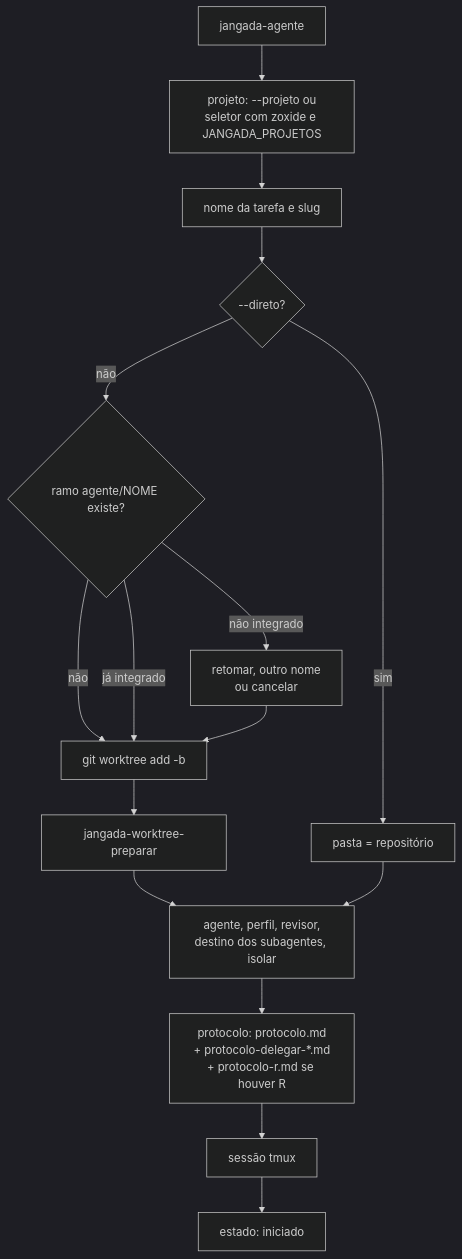
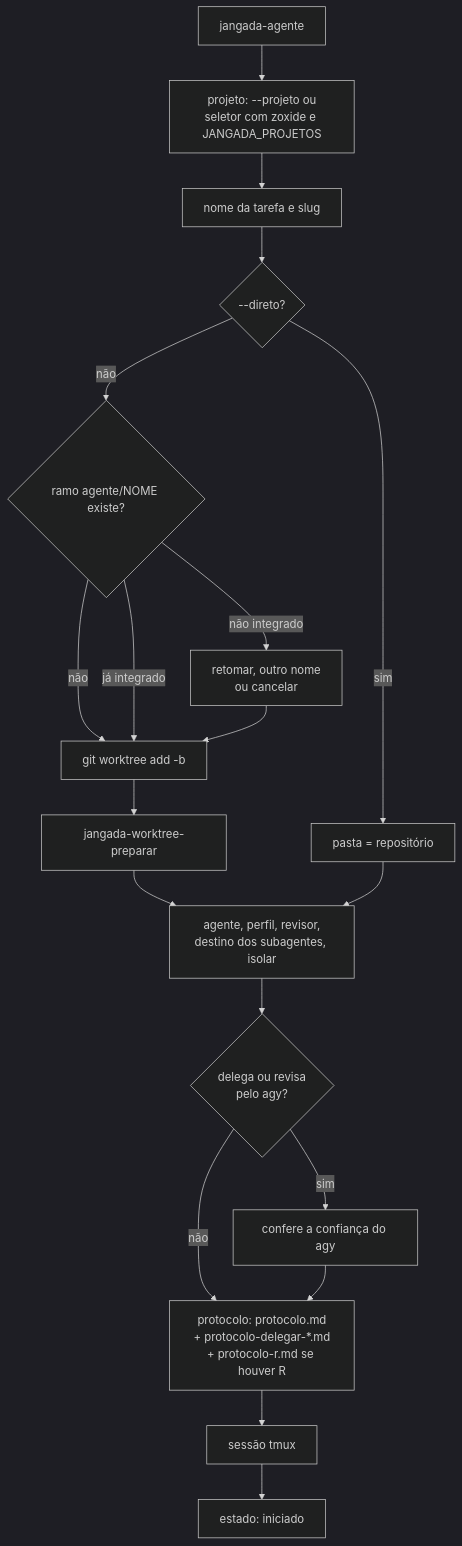
The second of 3 diagrams in docs/ciclo-da-tarefa.md (felipintoslv/jangada), drawn with Mermaid (dark theme) before and after one commit. The commit also changed other lines of this file and 2 other files, not shown here.

Commit message:
docs(agentes): descreve a conferência da confiança do agy

````diff
--- a/docs/ciclo-da-tarefa.md
+++ b/docs/ciclo-da-tarefa.md
@@ -66,18 +67,21 @@
 ```mermaid
 flowchart TD
     A[jangada-agente] --> B[projeto: --projeto ou<br>seletor com zoxide e JANGADA_PROJETOS]
     B --> C[nome da tarefa e slug]
     C --> D{--direto?}
     D -- sim --> H[pasta = repositório]
     D -- não --> E{ramo agente/NOME existe?}
     E -- não --> F[git worktree add -b]
     E -- já integrado --> F
     E -- não integrado --> G[retomar, outro nome<br>ou cancelar]
     G --> F
     F --> P[jangada-worktree-preparar]
     P --> I
     H --> I[agente, perfil, revisor,<br>destino dos subagentes, isolar]
-    I --> J[protocolo: protocolo.md<br>+ protocolo-delegar-*.md<br>+ protocolo-r.md se houver R]
+    I --> Q{delega ou revisa<br>pelo agy?}
+    Q -- sim --> S[confere a confiança do agy]
+    Q -- não --> J
+    S --> J[protocolo: protocolo.md<br>+ protocolo-delegar-*.md<br>+ protocolo-r.md se houver R]
     J --> K[sessão tmux]
     K --> L[estado: iniciado]
 ```
````
